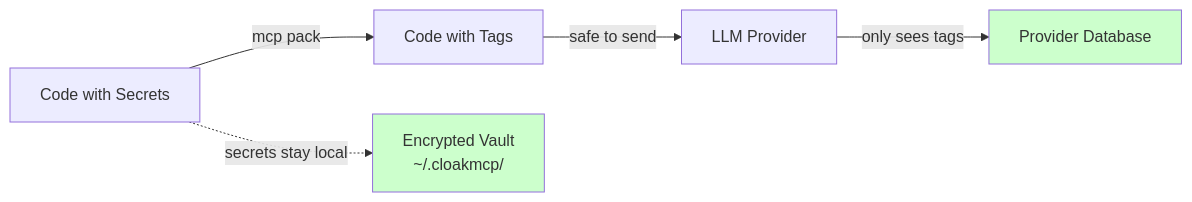
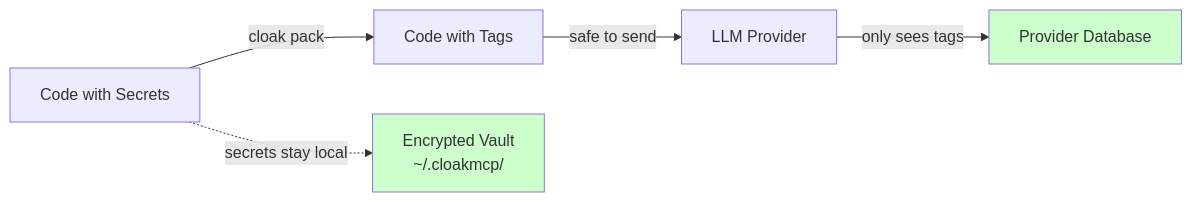
One commit to ovitrac/CloakMCP changed the fourth of 6 diagrams in README.md. Above: the diagram before and after it, drawn with Mermaid. The commit also changed other lines of this file and 25 other files, not shown here.

````diff
--- a/README.md
+++ b/README.md
@@ -222,9 +222,9 @@
 ```mermaid
 graph LR
-    A[Code with Secrets] -->|mcp pack| B[Code with Tags]
+    A[Code with Secrets] -->|cloak pack| B[Code with Tags]
     B -->|safe to send| C[LLM Provider]
     C -->|only sees tags| D[Provider Database]
     A -.secrets stay local.-> E[Encrypted Vault<br/>~/.cloakmcp/]
     style E fill:#ccffcc
     style D fill:#ccffcc
 ```
````
